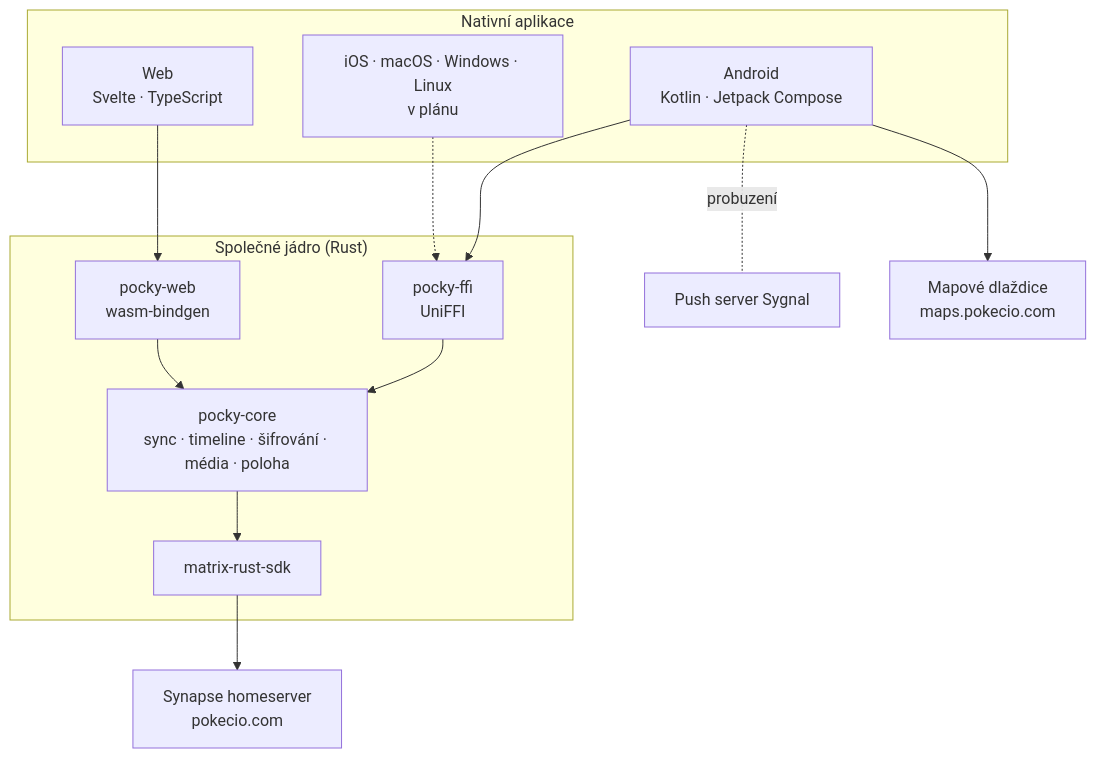
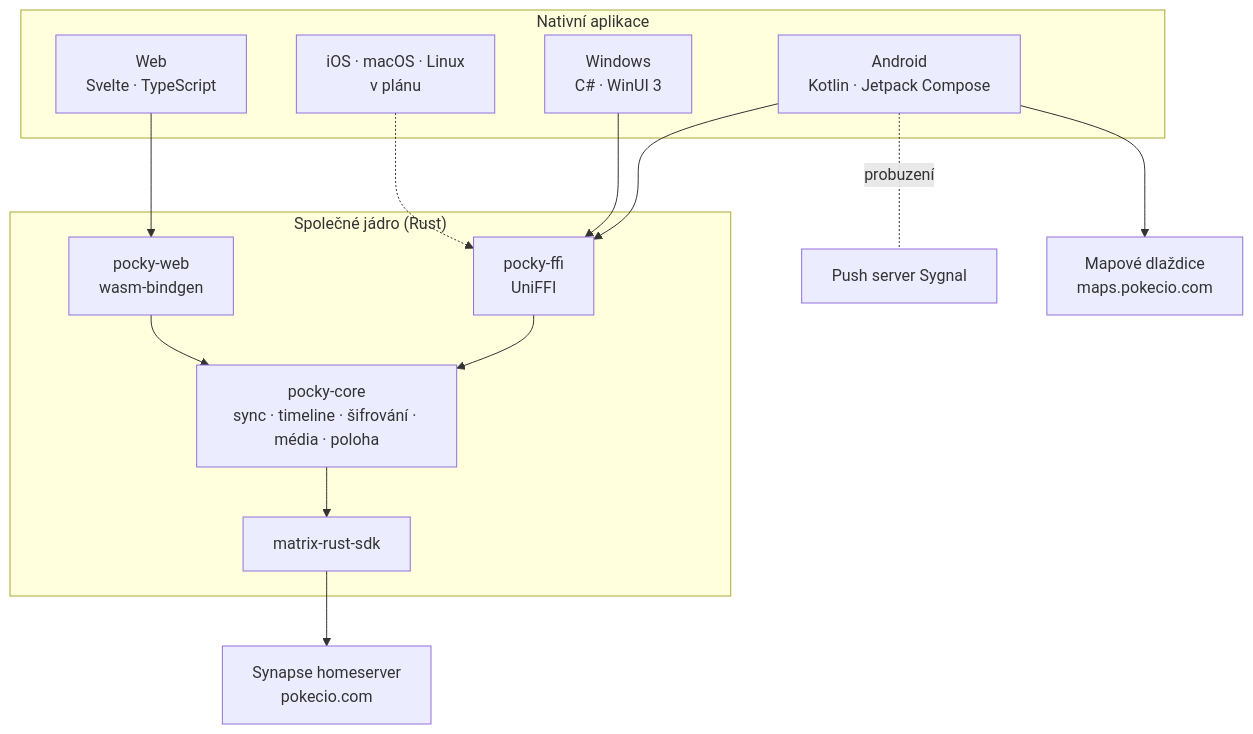
The diagram in README.cs.md (eHappyCZ/PockyAPP), drawn with Mermaid before and after one commit. The commit also changed other lines of this file and 2 other files, not shown here.

````diff
--- a/README.cs.md
+++ b/README.cs.md
@@ -65,25 +71,27 @@
 ```mermaid
 flowchart TB
     subgraph Apps["Nativní aplikace"]
         A["Android<br/>Kotlin · Jetpack Compose"]
         W["Web<br/>Svelte · TypeScript"]
-        P["iOS · macOS · Windows · Linux<br/>v plánu"]
+        D["Windows<br/>C# · WinUI 3"]
+        P["iOS · macOS · Linux<br/>v plánu"]
     end
 
     subgraph Core["Společné jádro (Rust)"]
         FFI["pocky-ffi<br/>UniFFI"]
         WEB["pocky-web<br/>wasm-bindgen"]
         C["pocky-core<br/>sync · timeline · šifrování · média · poloha"]
         SDK["matrix-rust-sdk"]
     end
 
     A --> FFI
+    D --> FFI
     P -.-> FFI
     W --> WEB
     FFI --> C
     WEB --> C
     C --> SDK
     SDK --> HS["Synapse homeserver<br/>pokecio.com"]
     A -. probuzení .- PUSH["Push server Sygnal"]
     A --> MAP["Mapové dlaždice<br/>maps.pokecio.com"]
 ```
````
